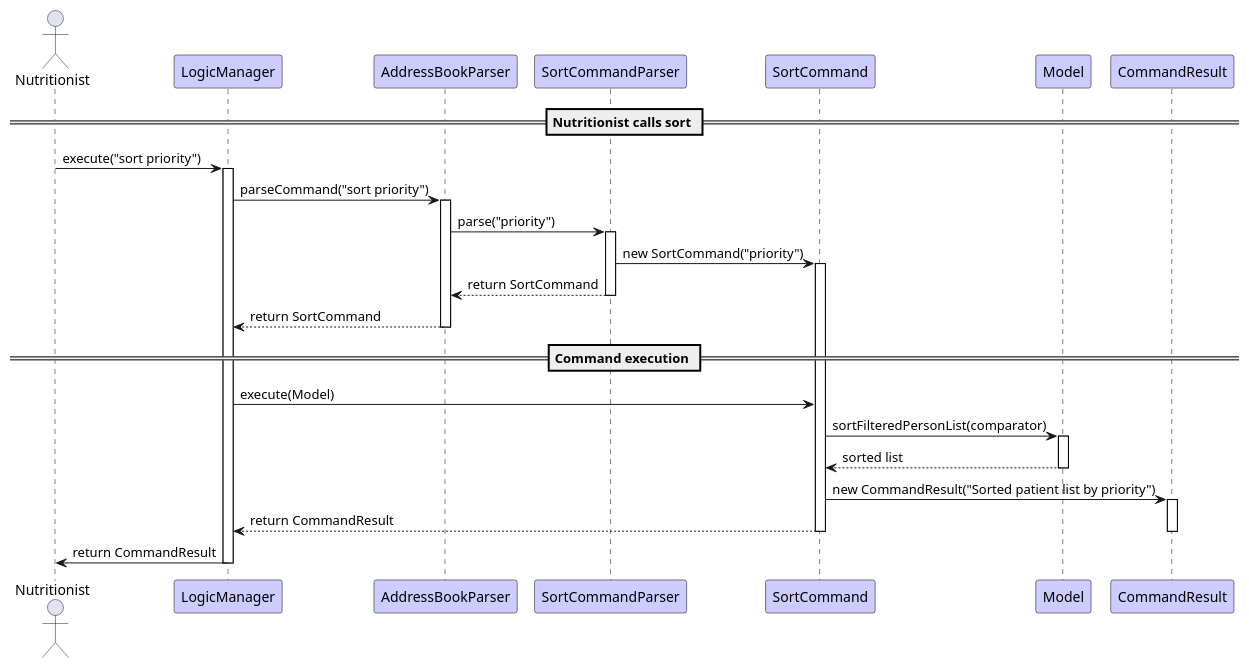
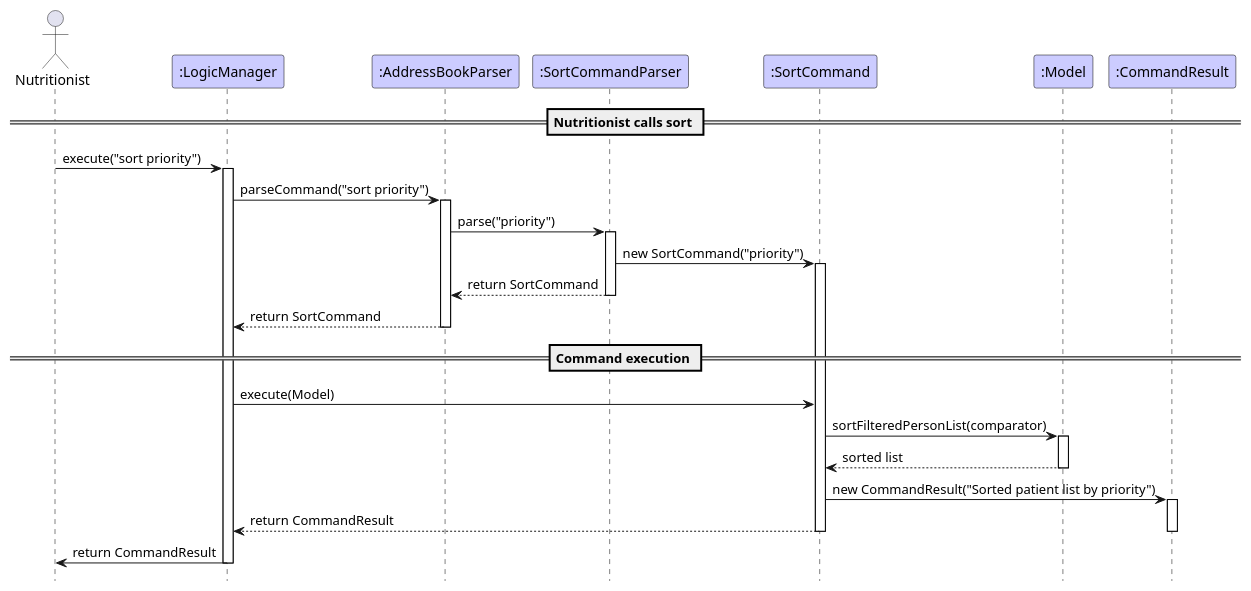
Before and after one commit to NoahKoh/tp: the diagram in diagrams/SortCommandSequenceDiagram.puml, drawn with PlantUML. The commit also changed 38 other files, not shown here.

```diff
--- a/diagrams/SortCommandSequenceDiagram.puml
+++ b/diagrams/SortCommandSequenceDiagram.puml
@@ -1,57 +1,59 @@
 @startuml
 skinparam participantStyle rectangle
 skinparam shadowing false
 skinparam sequence {
   lifeLineBorderColor #000000
   lifeLineBackgroundColor #FFFFFF
   participantBorderColor #000000
   participantBackgroundColor #CCCCFF
   boxBorderColor #999999
   boxBackgroundColor #DDDDFF
   activateBackgroundColor #9999FF
   activateBorderColor #333399
 }
 
 actor Nutritionist
-participant LogicManager
-participant AddressBookParser
-participant SortCommandParser
-participant SortCommand
-participant Model
-participant CommandResult
+participant ":LogicManager" as LogicManager
+participant ":AddressBookParser" as AddressBookParser
+participant ":SortCommandParser" as SortCommandParser
+participant ":SortCommand" as SortCommand
+participant ":Model" as Model
+participant ":CommandResult" as CommandResult
 
 == Nutritionist calls sort ==
 Nutritionist -> LogicManager : execute("sort priority")
 activate LogicManager
 
 LogicManager -> AddressBookParser : parseCommand("sort priority")
 activate AddressBookParser
 
 AddressBookParser -> SortCommandParser : parse("priority")
 activate SortCommandParser
 
 SortCommandParser -> SortCommand : new SortCommand("priority")
 activate SortCommand
 
 SortCommandParser --> AddressBookParser : return SortCommand
 deactivate SortCommandParser
 
 AddressBookParser --> LogicManager : return SortCommand
 deactivate AddressBookParser
 
 == Command execution ==
 LogicManager -> SortCommand : execute(Model)
 SortCommand -> Model : sortFilteredPersonList(comparator)
 activate Model
 Model --> SortCommand : sorted list
 deactivate Model
 
 SortCommand -> CommandResult : new CommandResult("Sorted patient list by priority")
 activate CommandResult
 SortCommand --> LogicManager : return CommandResult
 deactivate CommandResult
 deactivate SortCommand
 
 LogicManager -> Nutritionist : return CommandResult
 deactivate LogicManager
+
+hide footbox
 @enduml
```
